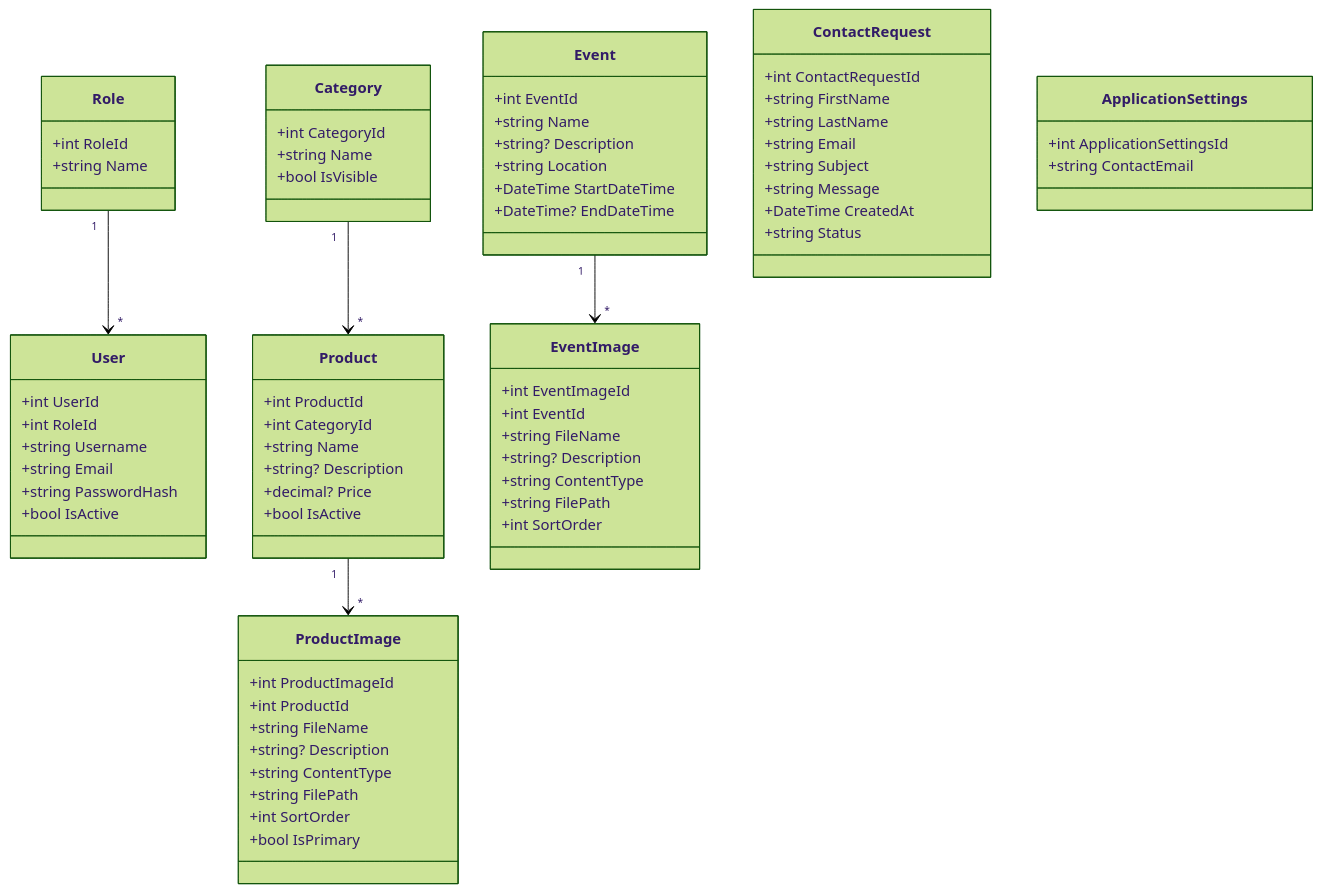
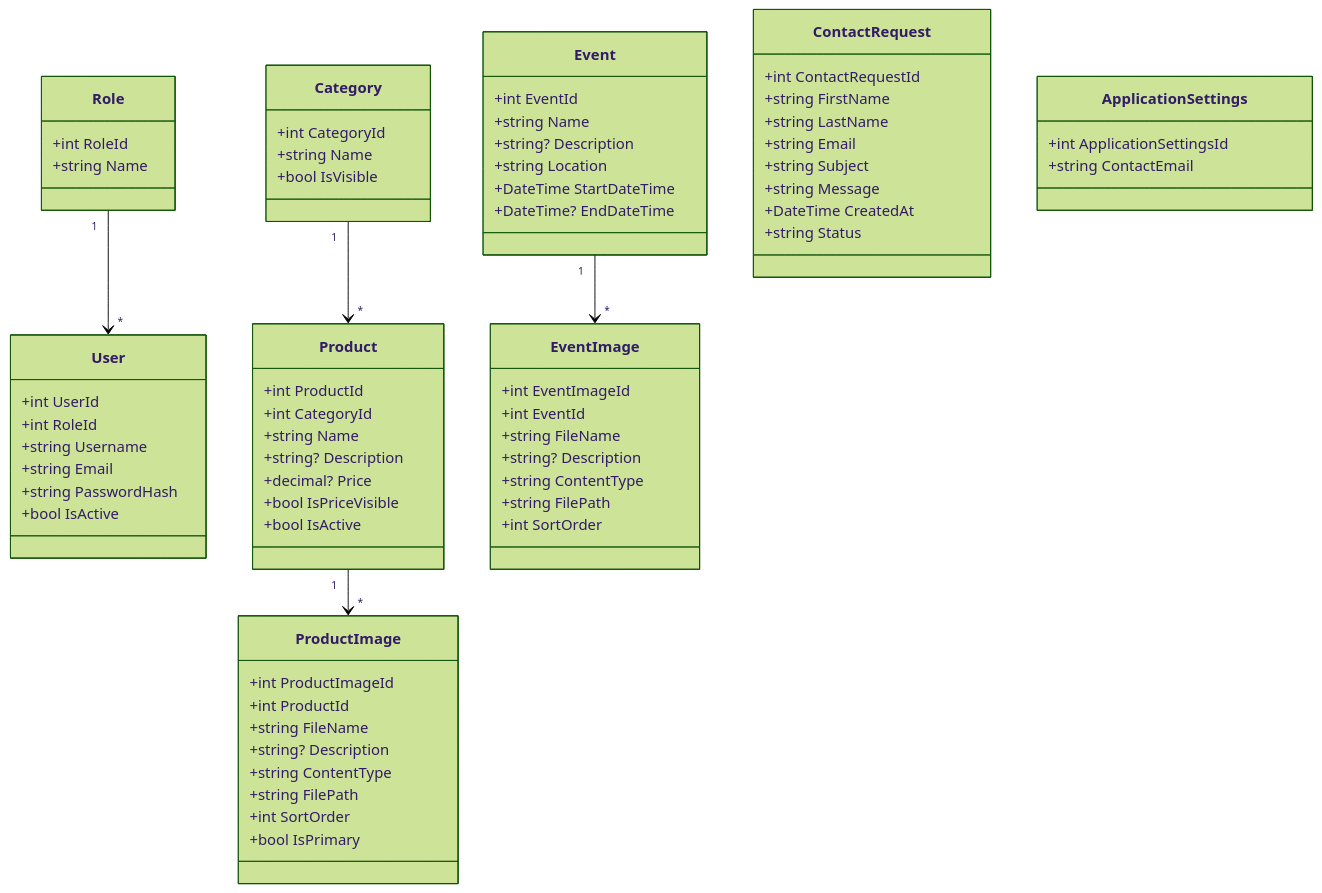
Before and after one commit to SchuelerfirmaBBS1/Webseite_Schuelerfirma_04: the diagram in documentation/UMLClassDiagram.mmd, drawn with Mermaid (forest theme).

Commit message:
Update UMLClassDiagram.mmd
Anpassung an neu ausformulierte Anforderungen
-> Product
+bool IsPriceVisible

```diff
--- a/documentation/UMLClassDiagram.mmd
+++ b/documentation/UMLClassDiagram.mmd
@@ -1,83 +1,84 @@
 classDiagram
 
 class User {
     +int UserId
     +int RoleId
     +string Username
     +string Email
     +string PasswordHash
     +bool IsActive
 }
 
 class Role {
     +int RoleId
     +string Name
 }
 
 Role "1" --> "*" User
 
 class Category {
     +int CategoryId
     +string Name
     +bool IsVisible
 }
 
 class Product {
     +int ProductId
     +int CategoryId
     +string Name
     +string? Description
     +decimal? Price
+    +bool IsPriceVisible
     +bool IsActive
 }
 
 class ProductImage {
     +int ProductImageId
     +int ProductId
     +string FileName
     +string? Description
     +string ContentType
     +string FilePath
     +int SortOrder
     +bool IsPrimary
 }
 
 Category "1" --> "*" Product
 Product "1" --> "*" ProductImage
 
 class Event {
     +int EventId
     +string Name
     +string? Description
     +string Location
     +DateTime StartDateTime
     +DateTime? EndDateTime
 }
 
 class EventImage {
     +int EventImageId
     +int EventId
     +string FileName
     +string? Description
     +string ContentType
     +string FilePath
     +int SortOrder
 }
 
 Event "1" --> "*" EventImage
 
 class ContactRequest {
     +int ContactRequestId
     +string FirstName
     +string LastName
     +string Email
     +string Subject
     +string Message
     +DateTime CreatedAt
     +string Status
 }
 
 class ApplicationSettings {
     +int ApplicationSettingsId
     +string ContactEmail
 }
```
